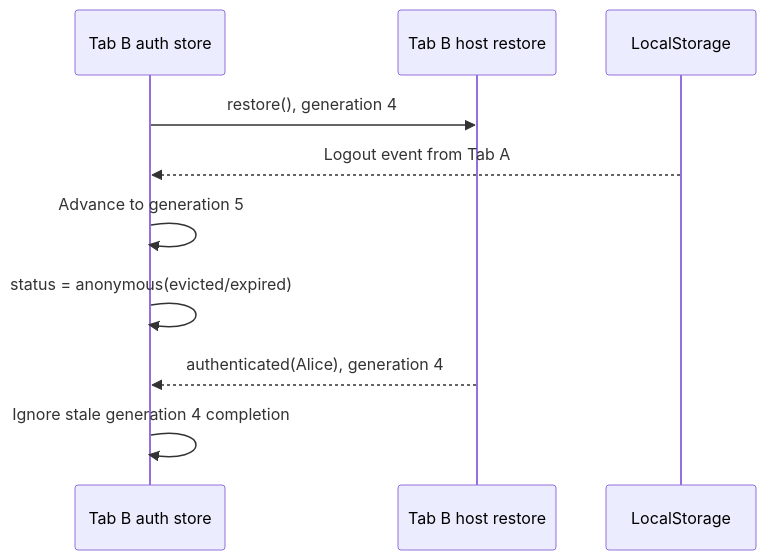
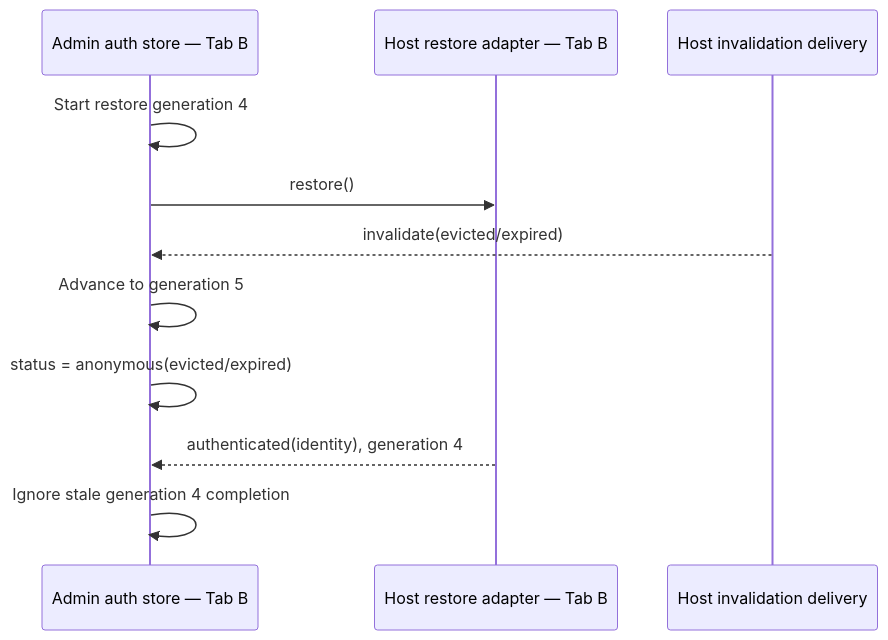
One commit to hechang27-sprt/noob-components-v2 changed diagram 15 of 19 in docs/admin-auth-restoration-data-flows.md. Above: the diagram before and after it, drawn with Mermaid. The commit also changed other lines of this file and 15 other files, not shown here.

Commit message:
fix(task): correct earlier `07-28-admin-auth-restoration` design

````diff
--- a/docs/admin-auth-restoration-data-flows.md
+++ b/docs/admin-auth-restoration-data-flows.md
@@ -426,13 +392,14 @@
 ```mermaid
 sequenceDiagram
-    participant AuthB as Tab B auth store
-    participant HostB as Tab B host restore
-    participant LS as LocalStorage
+    participant AuthB as Admin auth store — Tab B
+    participant HostB as Host restore adapter — Tab B
+    participant Signal as Host invalidation delivery
 
-    AuthB->>HostB: restore(), generation 4
-    LS-->>AuthB: Logout event from Tab A
+    AuthB->>AuthB: Start restore generation 4
+    AuthB->>HostB: restore()
+    Signal-->>AuthB: invalidate(evicted/expired)
     AuthB->>AuthB: Advance to generation 5
     AuthB->>AuthB: status = anonymous(evicted/expired)
-    HostB-->>AuthB: authenticated(Alice), generation 4
+    HostB-->>AuthB: authenticated(identity), generation 4
     AuthB->>AuthB: Ignore stale generation 4 completion
 ```
````
